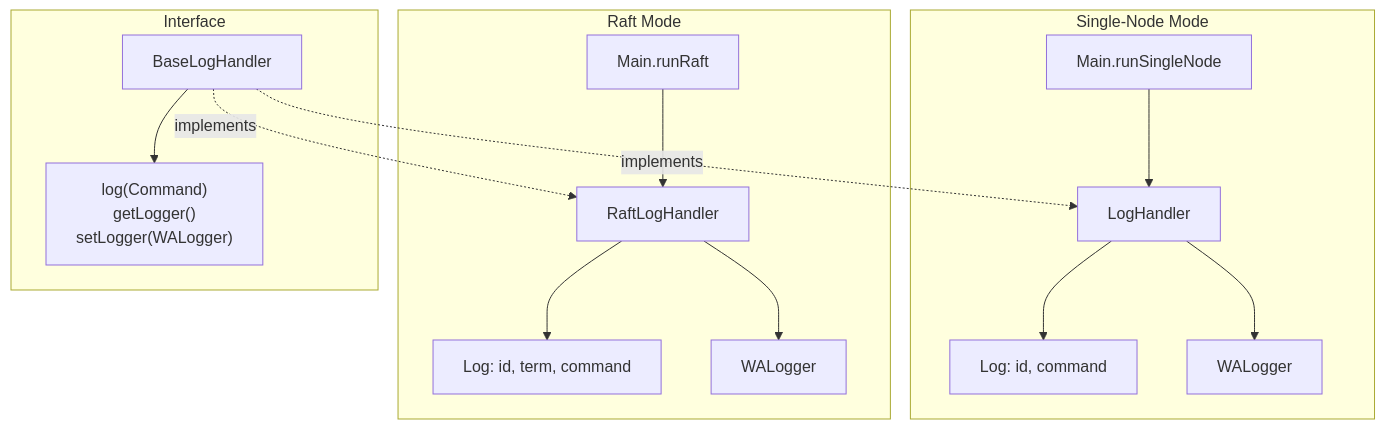
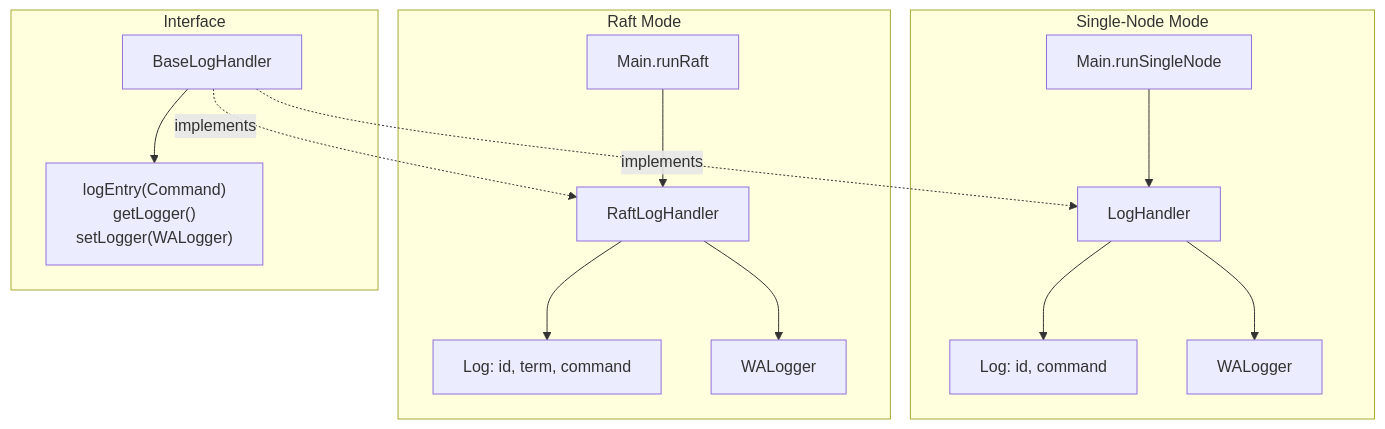
One commit to JadoreThompson/kv-store changed the tenth of 11 diagrams in README.md. Above: the diagram before and after it, drawn with Mermaid. The commit also changed other lines of this file and 37 other files, not shown here.

````diff
--- a/README.md
+++ b/README.md
@@ -852,34 +853,34 @@
 ```mermaid
 flowchart TB
     subgraph SingleNode["Single-Node Mode"]
         Main1[Main.runSingleNode]
         LH[LogHandler]
         LH_Log[Log: id, command]
         WAL1[WALogger]
         
         Main1 --> LH
         LH --> WAL1
         LH --> LH_Log
     end
     
     subgraph RaftMode["Raft Mode"]
         Main2[Main.runRaft]
         RLH[RaftLogHandler]
         RLH_Log[Log: id, term, command]
         WAL2[WALogger]
         
         Main2 --> RLH
         RLH --> WAL2
         RLH --> RLH_Log
     end
     
     subgraph Interface["Interface"]
         BLH[BaseLogHandler]
-        BLH_Methods["log(Command)<br/>getLogger()<br/>setLogger(WALogger)"]
+        BLH_Methods["logEntry(Command)<br/>getLogger()<br/>setLogger(WALogger)"]
         
         BLH --> BLH_Methods
     end
     
     BLH -.->|implements| LH
     BLH -.->|implements| RLH
 ```
````
